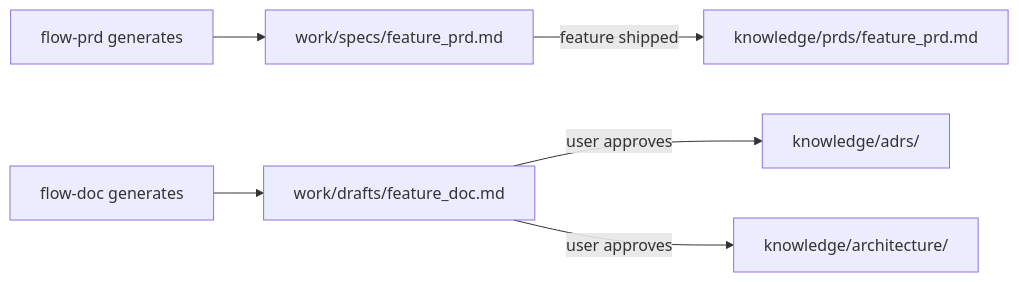
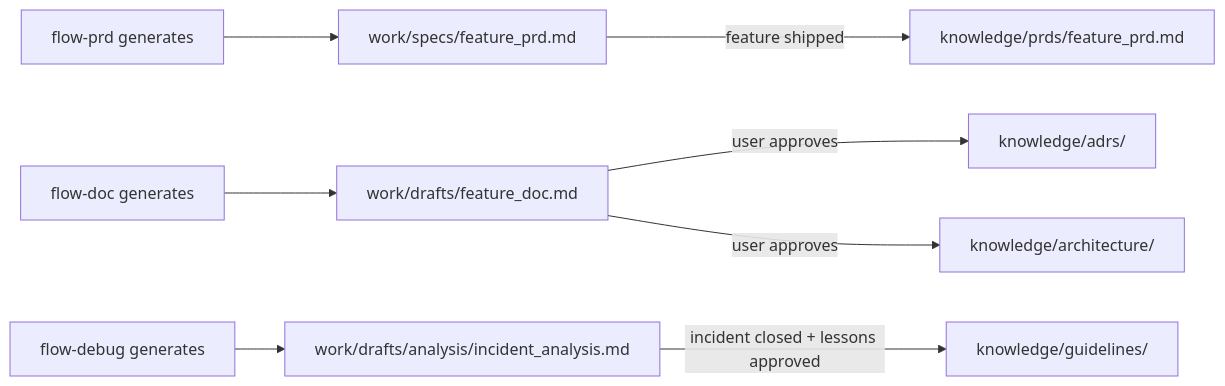
Before and after one commit to viniciuscarneiro/ai-dev-flow: the third of 3 diagrams in README.md, drawn with Mermaid. The commit also changed other lines of this file and 11 other files, not shown here.

````diff
--- a/README.md
+++ b/README.md
@@ -186,9 +188,12 @@
 ```mermaid
 graph LR
     A["flow-prd generates"] --> B["work/specs/feature_prd.md"]
     B -->|"feature shipped"| C["knowledge/prds/feature_prd.md"]
 
     D["flow-doc generates"] --> E["work/drafts/feature_doc.md"]
     E -->|"user approves"| F["knowledge/adrs/"]
     E -->|"user approves"| G["knowledge/architecture/"]
+
+    H["flow-debug generates"] --> I["work/drafts/analysis/incident_analysis.md"]
+    I -->|"incident closed + lessons approved"| J["knowledge/guidelines/"]
 ```
````
